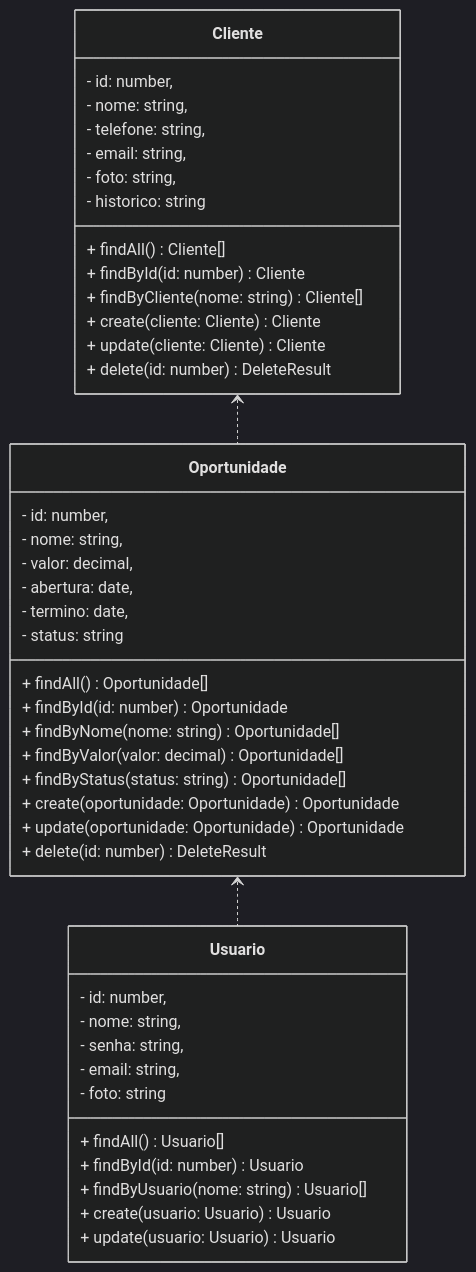
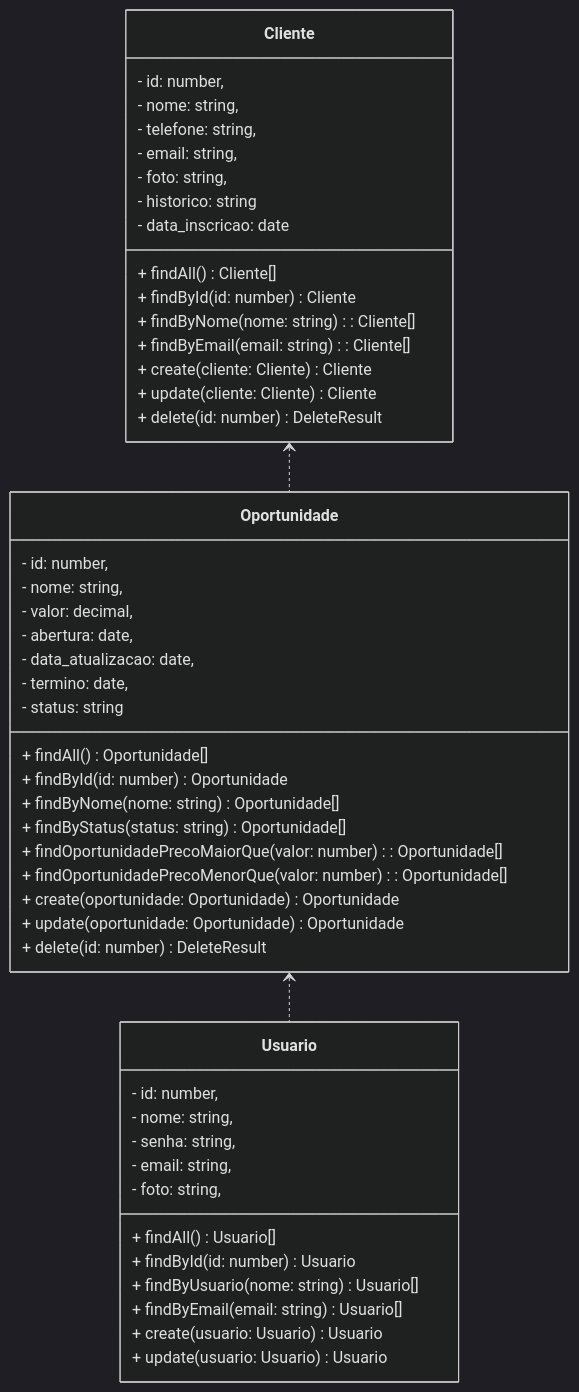
One commit to grupo-02-turma-javascript-06/crm-backend changed the diagram in README.md. Above: the diagram before and after it, drawn with Mermaid (dark theme). The commit also changed other lines of this file and 1 other file, not shown here.

````diff
--- a/README.md
+++ b/README.md
@@ -29,47 +57,52 @@
 ```mermaid
 classDiagram
 class Usuario{
   - id: number,
   - nome: string,
   - senha: string,
   - email: string,
-  - foto: string
+  - foto: string,
   + findAll() Usuario[]
   + findById(id: number) Usuario
   + findByUsuario(nome: string) Usuario[]
+  + findByEmail(email: string) Usuario[]
   + create(usuario: Usuario) Usuario
   + update(usuario: Usuario) Usuario
 }
 class Cliente{
   - id: number,
   - nome: string,
   - telefone: string,
   - email: string,
   - foto: string,
   - historico: string
+  - data_inscricao: date
   + findAll() Cliente[]
   + findById(id: number) Cliente
-  + findByCliente(nome: string) Cliente[]
+  + findByNome(nome: string): Cliente[]
+  + findByEmail(email: string): Cliente[]
   + create(cliente: Cliente) Cliente
   + update(cliente: Cliente) Cliente
   + delete(id: number) DeleteResult
 }
 class Oportunidade{
   - id: number,
   - nome: string,
   - valor: decimal,
   - abertura: date,
+  - data_atualizacao: date,
   - termino: date,
   - status: string
   + findAll() Oportunidade[]
   + findById(id: number) Oportunidade
   + findByNome(nome: string) Oportunidade[]
-  + findByValor(valor: decimal) Oportunidade[]
   + findByStatus(status: string) Oportunidade[]
+  + findOportunidadePrecoMaiorQue(valor: number): Oportunidade[]
+  + findOportunidadePrecoMenorQue(valor: number): Oportunidade[]
   + create(oportunidade: Oportunidade) Oportunidade
   + update(oportunidade: Oportunidade) Oportunidade
   + delete(id: number) DeleteResult
 }
 Cliente <.. Oportunidade
 Oportunidade <.. Usuario
 ```
````
